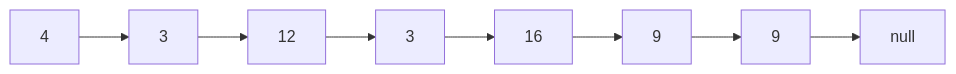
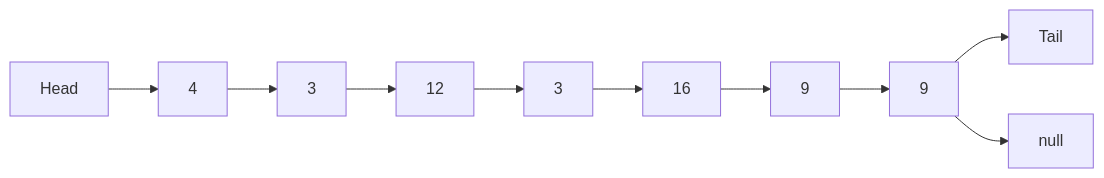
Before and after one commit to Jeffrey-S-Smith/reading-notes-401: the first of 2 diagrams in remove-duplicates-from-a-linked-list.md, drawn with Mermaid.

````diff
--- a/remove-duplicates-from-a-linked-list.md
+++ b/remove-duplicates-from-a-linked-list.md
@@ -15,11 +15,11 @@
 ```mermaid
 graph LR
                 
-    A[4] --> B[3]
+    Head --> A[4] --> B[3]
     B --> C[12]
     C --> D[3]
     D --> E[16]
     E --> F[9]
-    F --> G[9] 
+    F --> G[9] --> Tail
     G --> H[null]
 ```
````
